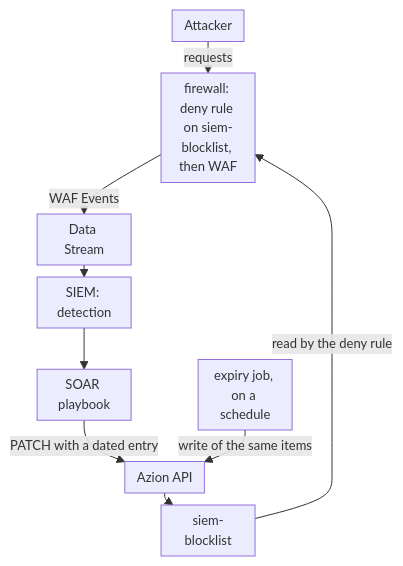
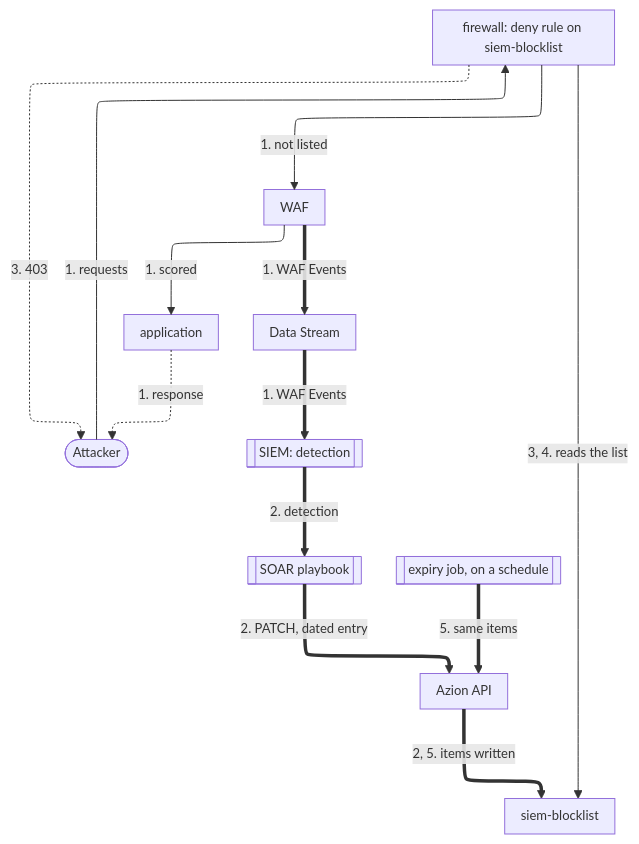
Before and after one commit to aziontech/docs: the first of 2 diagrams in apps/docs/src/content/docs/en/pages/use-cases/secure-applications-and-networks/block-attackers-automatically-from-siem-detections.mdx, drawn with Mermaid. The commit also changed other lines of this file and 55 other files, not shown here.

Commit message:
docs(use-cases): redraw the use-case diagrams with the way back and check their claims (#2509)

````diff
--- a/apps/docs/src/content/docs/en/pages/use-cases/secure-applications-and-networks/block-attackers-automatically-from-siem-detections.mdx
+++ b/apps/docs/src/content/docs/en/pages/use-cases/secure-applications-and-networks/block-attackers-automatically-from-siem-detections.mdx
@@ -41,12 +43,26 @@
 ```mermaid
-%%{init: {"layout": "dagre", "themeVariables": {"fontSize": "13px"}, "flowchart": {"nodeSpacing": 12, "rankSpacing": 12, "padding": 6, "wrappingWidth": 70, "minNodeWidth": 40, "useMaxWidth": true}}}%%
+%%{init: {"layout": "elk", "themeVariables": {"fontSize": "13px"}, "flowchart": {"nodeSpacing": 24, "rankSpacing": 36, "padding": 8, "wrappingWidth": 150, "useMaxWidth": true}, "sequence": {"width": 120, "actorMargin": 30, "useMaxWidth": true}}}%%
 flowchart TD
-  Attacker["Attacker"] -->|"requests"| FW["firewall: deny rule on siem-blocklist, then WAF"]
-  FW -->|"WAF Events"| DS["Data Stream"]
-  DS --> SIEM["SIEM: detection"]
-  SIEM --> SOAR["SOAR playbook"]
-  SOAR -->|"PATCH with a dated entry"| API["Azion API"]
-  API --> List["siem-blocklist"]
-  List -->|"read by the deny rule"| FW
-  Job["expiry job, on a schedule"] -->|"write of the same items"| API
+  Attacker(["Attacker"])
+  FW["firewall: deny rule on siem-blocklist"]
+  WAF["WAF"]
+  App["application"]
+  List["siem-blocklist"]
+  DS["Data Stream"]
+  SIEM[["SIEM: detection"]]
+  SOAR[["SOAR playbook"]]
+  API["Azion API"]
+  Job[["expiry job, on a schedule"]]
+  Attacker -->|"1. requests"| FW
+  FW -->|"3, 4. reads the list"| List
+  FW -->|"1. not listed"| WAF
+  WAF -->|"1. scored"| App
+  App -.->|"1. response"| Attacker
+  FW -.->|"3. 403"| Attacker
+  WAF ==>|"1. WAF Events"| DS
+  DS ==>|"1. WAF Events"| SIEM
+  SIEM ==>|"2. detection"| SOAR
+  SOAR ==>|"2. PATCH, dated entry"| API
+  Job ==>|"5. same items"| API
+  API ==>|"2, 5. items written"| List
 ```
````
